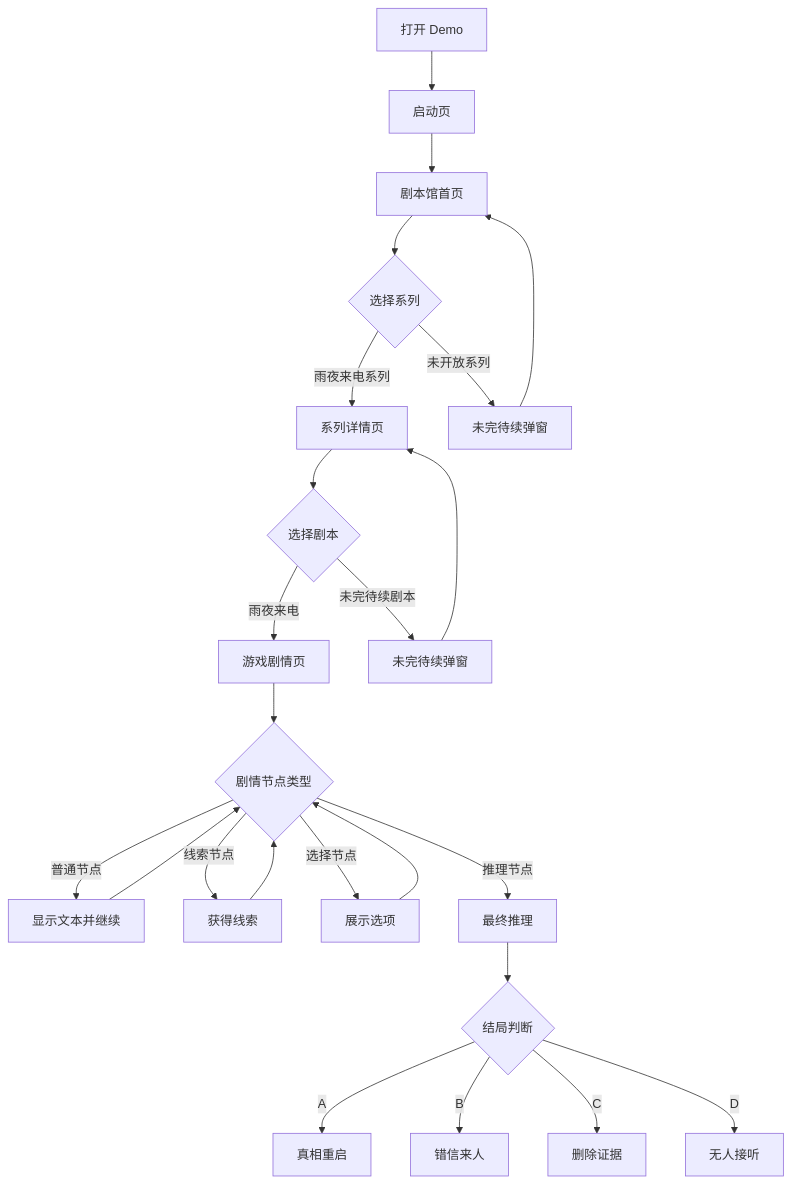
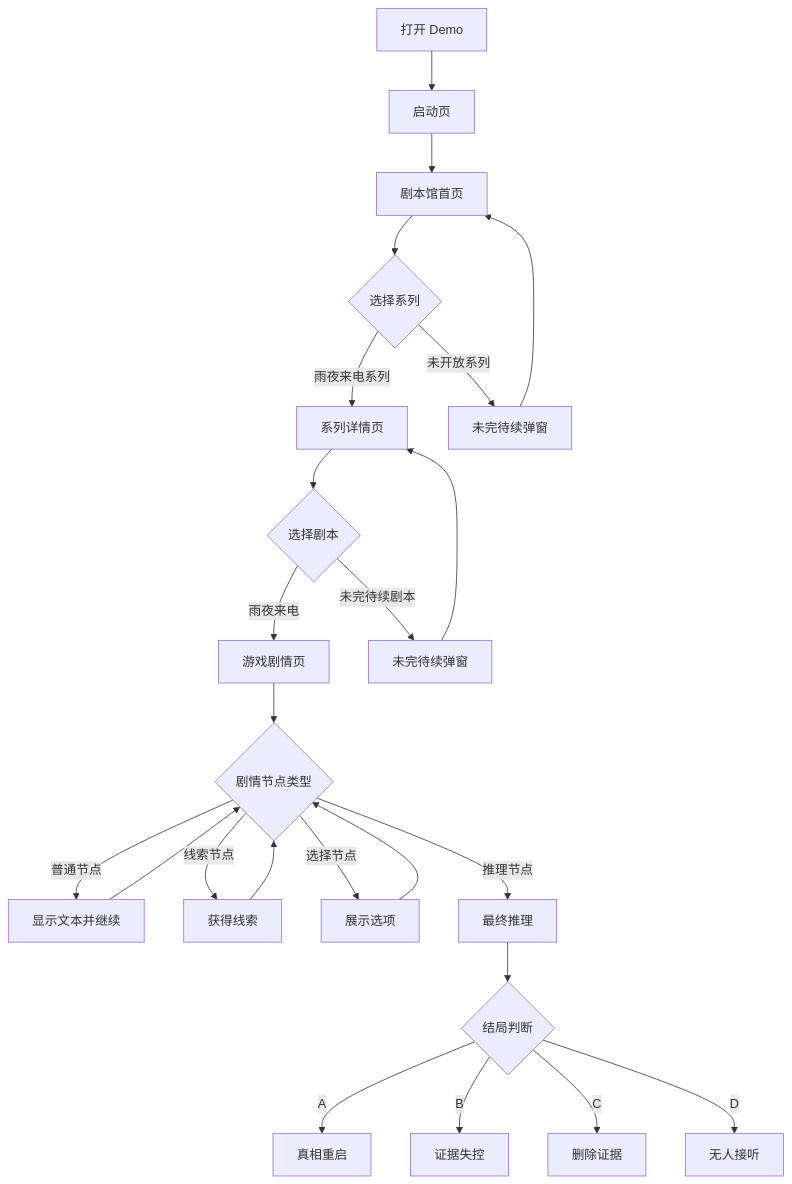
One commit to jorsamj/shijuegushi changed the diagram in docs/PRD_SOFTWARE.md. Above: the diagram before and after it, drawn with Mermaid. The commit also changed other lines of this file and 2 other files, not shown here.

````diff
--- a/docs/PRD_SOFTWARE.md
+++ b/docs/PRD_SOFTWARE.md
@@ -153,26 +153,26 @@
 ```mermaid
 flowchart TD
     A[打开 Demo] --> B[启动页]
     B --> C[剧本馆首页]
     C --> D{选择系列}
     D -->|雨夜来电系列| E[系列详情页]
     D -->|未开放系列| F[未完待续弹窗]
     F --> C
     E --> G{选择剧本}
     G -->|雨夜来电| H[游戏剧情页]
     G -->|未完待续剧本| I[未完待续弹窗]
     I --> E
     H --> J{剧情节点类型}
     J -->|普通节点| K[显示文本并继续]
     J -->|线索节点| L[获得线索]
     J -->|选择节点| M[展示选项]
     J -->|推理节点| N[最终推理]
     K --> J
     L --> J
     M --> J
     N --> O{结局判断}
     O -->|A| P[真相重启]
-    O -->|B| Q[错信来人]
+    O -->|B| Q[证据失控]
     O -->|C| R[删除证据]
     O -->|D| S[无人接听]
 ```
````
